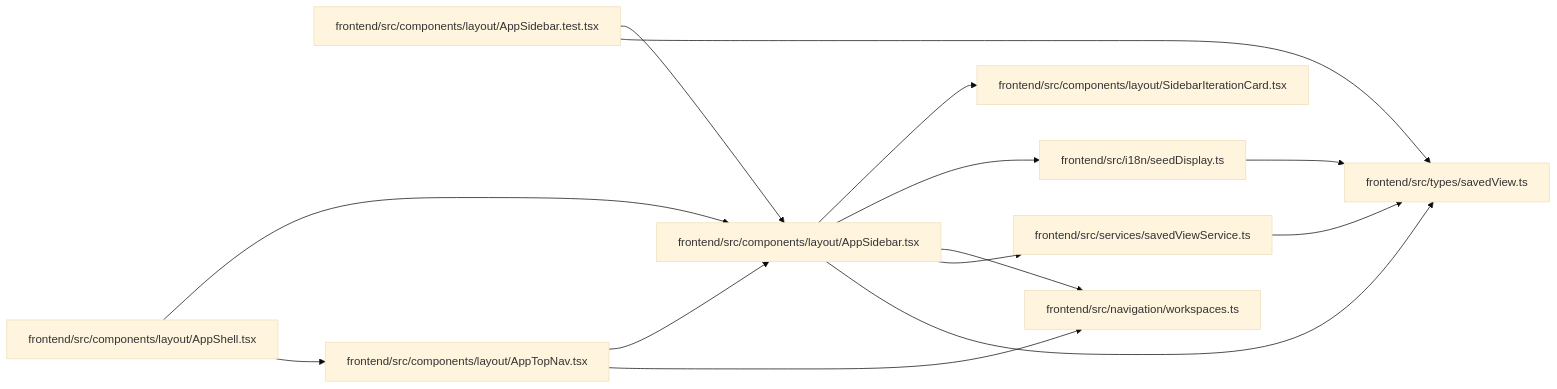
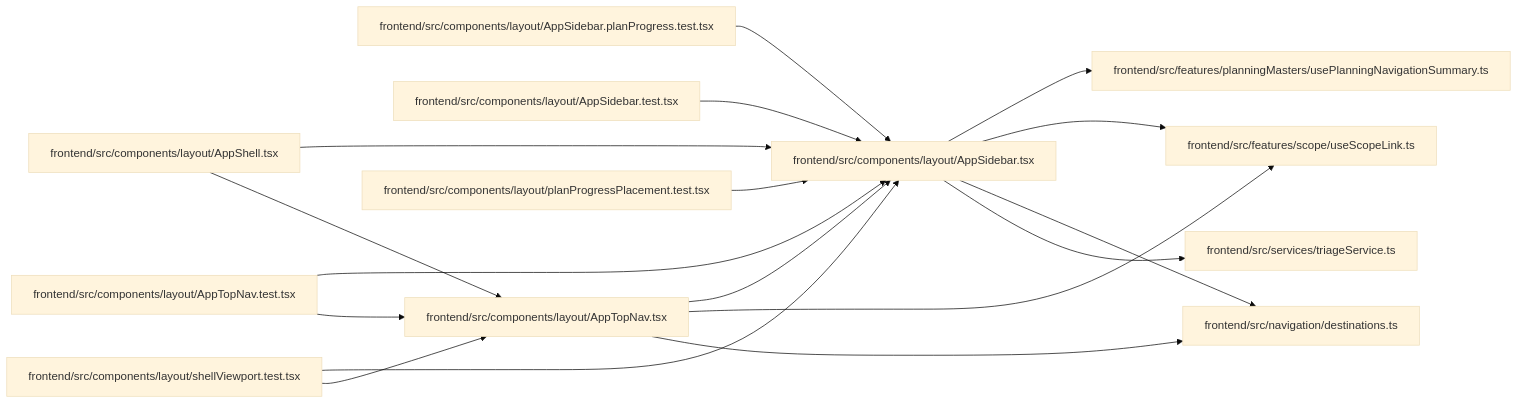
One commit to Denissvgn/WorkChord changed the diagram in docs/llm_wiki/modules/AppSidebar.md. Above: the diagram before and after it, drawn with Mermaid (base theme). The commit also changed other lines of this file and 2373 other files, not shown here.

````diff
--- a/docs/llm_wiki/modules/AppSidebar.md
+++ b/docs/llm_wiki/modules/AppSidebar.md
@@ -38,34 +34,43 @@
 ```mermaid
 flowchart LR
     n0["frontend/src/components/layout/AppShell.tsx"]
-    n1["frontend/src/components/layout/AppSidebar.test.tsx"]
-    n2["frontend/src/components/layout/AppSidebar.tsx"]
-    n3["frontend/src/components/layout/AppTopNav.tsx"]
-    n4["frontend/src/components/layout/SidebarIterationCard.tsx"]
-    n5["frontend/src/i18n/seedDisplay.ts"]
-    n6["frontend/src/navigation/workspaces.ts"]
-    n7["frontend/src/services/savedViewService.ts"]
-    n8["frontend/src/types/savedView.ts"]
-    n0 --> n2
+    n1["frontend/src/components/layout/AppSidebar.planProgress.test.tsx"]
+    n2["frontend/src/components/layout/AppSidebar.test.tsx"]
+    n3["frontend/src/components/layout/AppSidebar.tsx"]
+    n4["frontend/src/components/layout/AppTopNav.test.tsx"]
+    n5["frontend/src/components/layout/AppTopNav.tsx"]
+    n6["frontend/src/components/layout/planProgressPlacement.test.tsx"]
+    n7["frontend/src/components/layout/shellViewport.test.tsx"]
+    n8["frontend/src/features/planningMasters/usePlanningNavigationSummary.ts"]
+    n9["frontend/src/features/scope/useScopeLink.ts"]
+    n10["frontend/src/navigation/destinations.ts"]
+    n11["frontend/src/services/triageService.ts"]
     n0 --> n3
-    n1 --> n2
-    n1 --> n8
-    n2 --> n4
-    n2 --> n5
-    n2 --> n6
-    n2 --> n7
-    n2 --> n8
-    n3 --> n2
-    n3 --> n6
-    n5 --> n8
-    n7 --> n8
+    n0 --> n5
+    n1 --> n3
+    n2 --> n3
+    n3 --> n8
+    n3 --> n9
+    n3 --> n10
+    n3 --> n11
+    n4 --> n3
+    n4 --> n5
+    n5 --> n3
+    n5 --> n9
+    n5 --> n10
+    n6 --> n3
+    n7 --> n3
+    n7 --> n5
     click n0 "../modules/AppShell.md"
-    click n1 "../modules/AppSidebar.test.md"
-    click n2 "../modules/AppSidebar.md"
-    click n3 "../modules/AppTopNav.md"
-    click n4 "../modules/SidebarIterationCard.md"
-    click n5 "../modules/seedDisplay.md"
-    click n6 "../modules/workspaces.md"
-    click n7 "../modules/savedViewService.md"
-    click n8 "../modules/savedView.md"
+    click n1 "../modules/AppSidebar.planProgress.test.md"
+    click n2 "../modules/AppSidebar.test.md"
+    click n3 "../modules/AppSidebar.md"
+    click n4 "../modules/AppTopNav.test.md"
+    click n5 "../modules/AppTopNav.md"
+    click n6 "../modules/planProgressPlacement.test.md"
+    click n7 "../modules/shellViewport.test.md"
+    click n8 "../modules/usePlanningNavigationSummary.md"
+    click n9 "../modules/useScopeLink.md"
+    click n10 "../modules/destinations.md"
+    click n11 "../modules/triageService.md"
 ```
````
